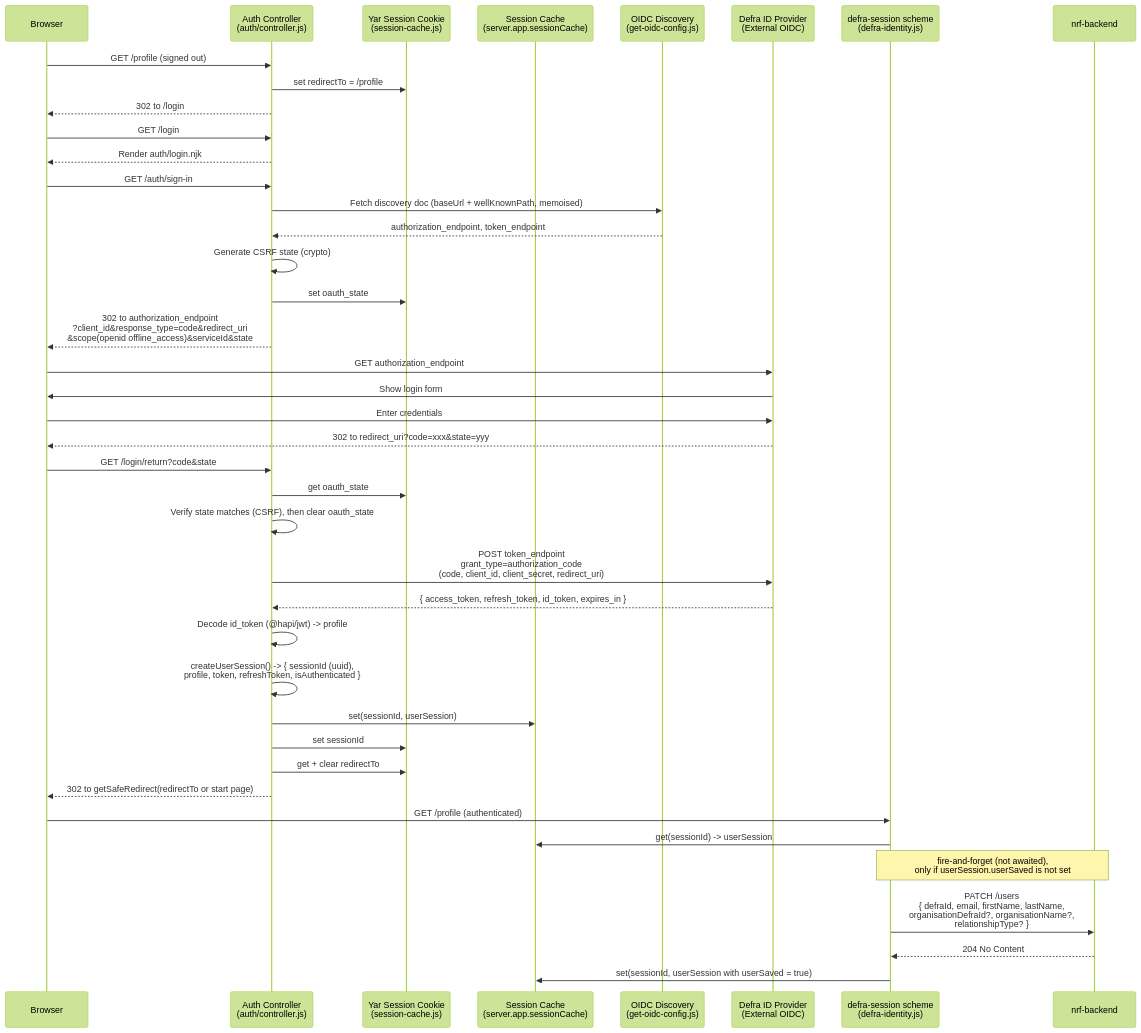
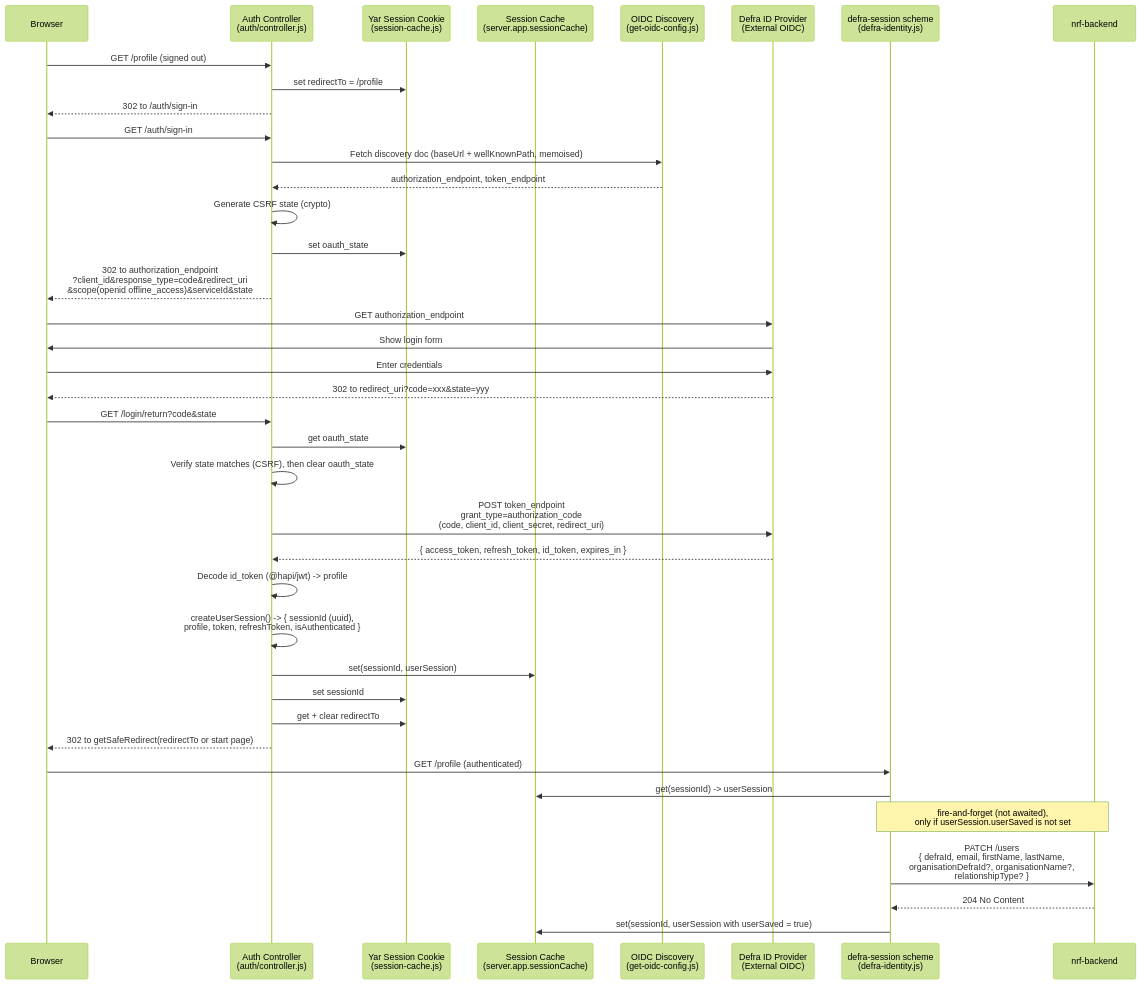
Before and after one commit to DEFRA/nrf-solution: the diagram in docs/features/authentication/defra-id/sign-in-flow.mermaid, drawn with Mermaid (forest theme). The commit also changed 6 other files, not shown here.

```diff
--- a/docs/features/authentication/defra-id/sign-in-flow.mermaid
+++ b/docs/features/authentication/defra-id/sign-in-flow.mermaid
@@ -1,53 +1,49 @@
 sequenceDiagram
     participant Browser
     participant Ctrl as Auth Controller<br/>(auth/controller.js)
     participant Yar as Yar Session Cookie<br/>(session-cache.js)
     participant Cache as Session Cache<br/>(server.app.sessionCache)
     participant OIDC as OIDC Discovery<br/>(get-oidc-config.js)
     participant DefraID as Defra ID Provider<br/>(External OIDC)
     participant Strategy as defra-session scheme<br/>(defra-identity.js)
     participant Backend as nrf-backend
 
     %% Signed-out GET for a protected route (redirect-to-sign-in.js onPreHandler)
     Browser->>Ctrl: GET /profile (signed out)
     Ctrl->>Yar: set redirectTo = /profile
-    Ctrl-->>Browser: 302 to /login
-
-    %% Login page
-    Browser->>Ctrl: GET /login
-    Ctrl-->>Browser: Render auth/login.njk
+    Ctrl-->>Browser: 302 to /auth/sign-in
 
     %% Start OAuth (hand-rolled authorize redirect)
     Browser->>Ctrl: GET /auth/sign-in
     Ctrl->>OIDC: Fetch discovery doc (baseUrl + wellKnownPath, memoised)
     OIDC-->>Ctrl: authorization_endpoint, token_endpoint
     Ctrl->>Ctrl: Generate CSRF state (crypto)
     Ctrl->>Yar: set oauth_state
     Ctrl-->>Browser: 302 to authorization_endpoint<br/>?client_id&response_type=code&redirect_uri<br/>&scope(openid offline_access)&serviceId&state
     Browser->>DefraID: GET authorization_endpoint
 
     %% External authentication
     DefraID->>Browser: Show login form
     Browser->>DefraID: Enter credentials
     DefraID-->>Browser: 302 to redirect_uri?code=xxx&state=yyy
 
     %% Callback
     Browser->>Ctrl: GET /login/return?code&state
     Ctrl->>Yar: get oauth_state
     Ctrl->>Ctrl: Verify state matches (CSRF), then clear oauth_state
     Ctrl->>DefraID: POST token_endpoint<br/>grant_type=authorization_code<br/>(code, client_id, client_secret, redirect_uri)
     DefraID-->>Ctrl: { access_token, refresh_token, id_token, expires_in }
     Ctrl->>Ctrl: Decode id_token (@hapi/jwt) -> profile
     Ctrl->>Ctrl: createUserSession() -> { sessionId (uuid),<br/>profile, token, refreshToken, isAuthenticated }
     Ctrl->>Cache: set(sessionId, userSession)
     Ctrl->>Yar: set sessionId
     Ctrl->>Yar: get + clear redirectTo
     Ctrl-->>Browser: 302 to getSafeRedirect(redirectTo or start page)
 
     %% First authenticated request after sign-in (defra-identity.js authenticate)
     Browser->>Strategy: GET /profile (authenticated)
     Strategy->>Cache: get(sessionId) -> userSession
     Note over Strategy,Backend: fire-and-forget (not awaited),<br/>only if userSession.userSaved is not set
     Strategy->>Backend: PATCH /users<br/>{ defraId, email, firstName, lastName,<br/>organisationDefraId?, organisationName?,<br/>relationshipType? }
     Backend-->>Strategy: 204 No Content
     Strategy->>Cache: set(sessionId, userSession with userSaved = true)
```
